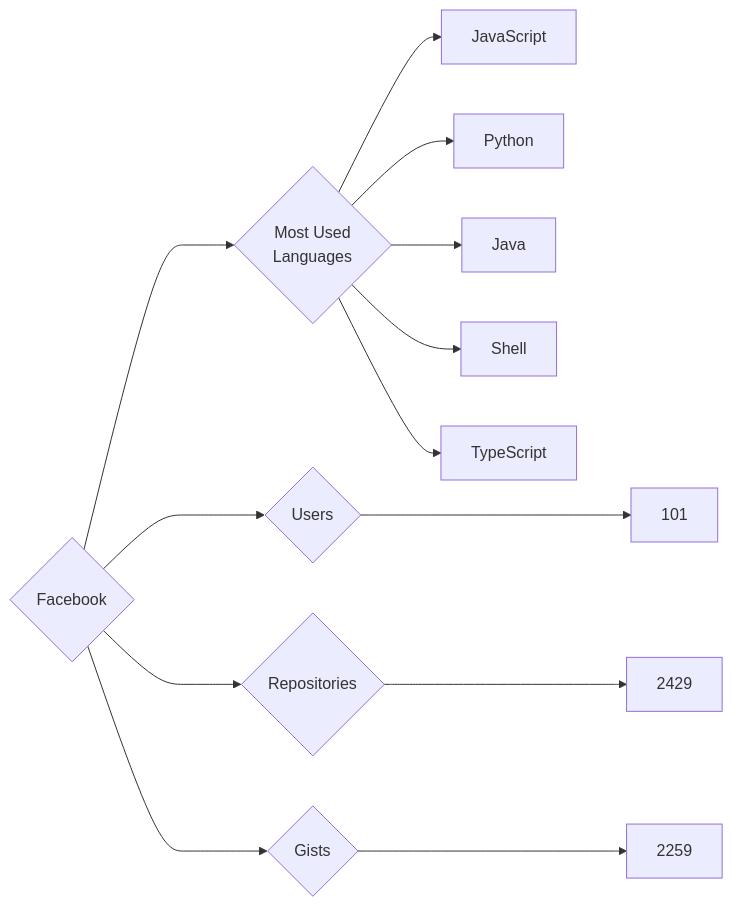
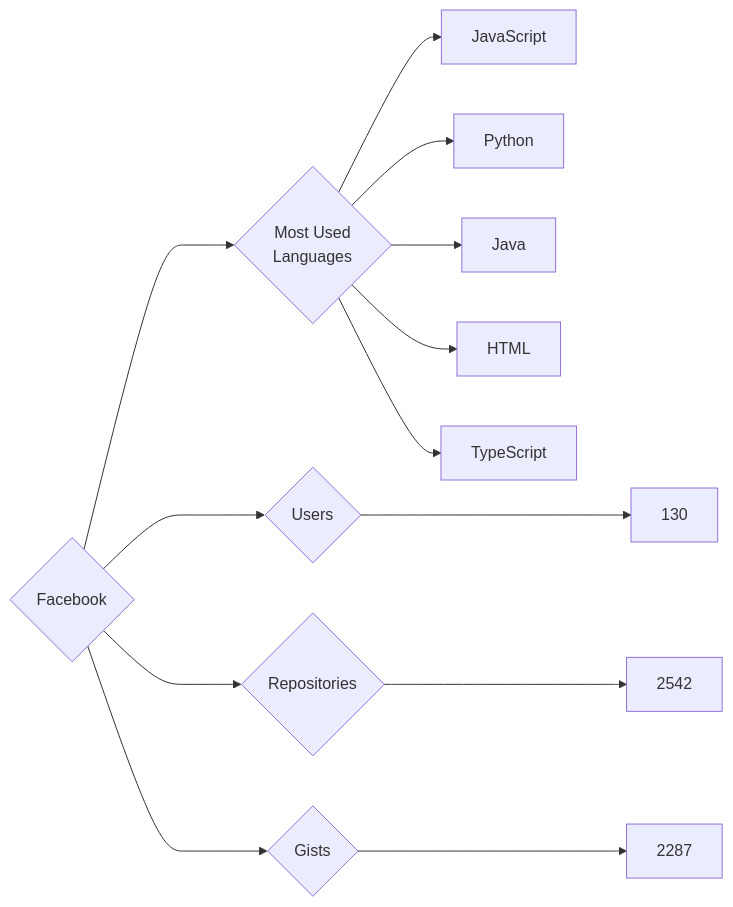
Before and after one commit to trickest/insiders: the diagram in targets/Facebook/README.md, drawn with Mermaid. The commit also changed 622 other files, not shown here.

````diff
--- a/targets/Facebook/README.md
+++ b/targets/Facebook/README.md
@@ -3,13 +3,13 @@
 ```mermaid
 graph LR
 COMPANY_NAME{Facebook}
-COMPANY_NAME ---> U{Users} ---> UN[101]
-COMPANY_NAME ---> R{Repositories} ---> RN[2429]
-COMPANY_NAME ---> G{Gists} ---> GN[2259]
+COMPANY_NAME ---> U{Users} ---> UN[130]
+COMPANY_NAME ---> R{Repositories} ---> RN[2542]
+COMPANY_NAME ---> G{Gists} ---> GN[2287]
 COMPANY_NAME ---> ML{Most Used<br>Languages}
 ML --> JavaScript[JavaScript]
 ML --> Python[Python]
 ML --> Java[Java]
-ML --> Shell[Shell]
+ML --> HTML[HTML]
 ML --> TypeScript[TypeScript]
 ```
````
